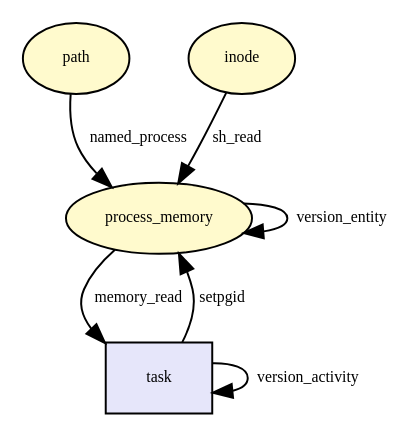
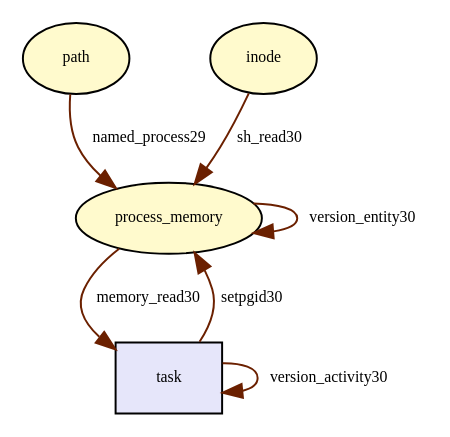
The diagram in tmp/provenance_task_setpgid.dot (TinkerBellSystem/graph-matching), drawn with Graphviz before and after one commit. The commit also changed 64 other files, not shown here.

Commit message:
drawing graph. not great

```diff
--- a/tmp/provenance_task_setpgid.dot
+++ b/tmp/provenance_task_setpgid.dot
@@ -1,21 +1,21 @@
 digraph RGL__DirectedAdjacencyGraph {path[fontsize = 8,label = "path",shape = ellipse, fillcolor="#fffacd", style = filled]
 
 process_memory[fontsize = 8,label = "process_memory",shape = ellipse, fillcolor="#fffacd", style = filled]
 
-path -> process_memory[fontsize = 8,label = "named_process"]
+path -> process_memory[fontsize = 8,label = "named_process29", color="#6b2000"]
+
+process_memory -> process_memory[fontsize = 8,label = "version_entity30", color="#6b2000"]
+
+inode[fontsize = 8,label = "inode",shape = ellipse, fillcolor="#fffacd", style = filled]
+
+inode -> process_memory[fontsize = 8,label = "sh_read30", color="#6b2000"]
 
 task[fontsize = 8,label = "task",shape = rectangle, fillcolor="#e6e6fa", style = filled]
 
-process_memory -> task[fontsize = 8,label = "memory_read"]
+task -> task[fontsize = 8,label = "version_activity30", color="#6b2000"]
 
-task -> process_memory[fontsize = 8,label = "setpgid"]
+process_memory -> task[fontsize = 8,label = "memory_read30", color="#6b2000"]
 
-task -> task[fontsize = 8,label = "version_activity"]
-
-process_memory -> process_memory[fontsize = 8,label = "version_entity"]
-
-inode[fontsize = 8,label = "inode",shape = ellipse, fillcolor="#fffacd", style = filled]
-
-inode -> process_memory[fontsize = 8,label = "sh_read"]
+task -> process_memory[fontsize = 8,label = "setpgid30", color="#6b2000"]
 
 }
```
